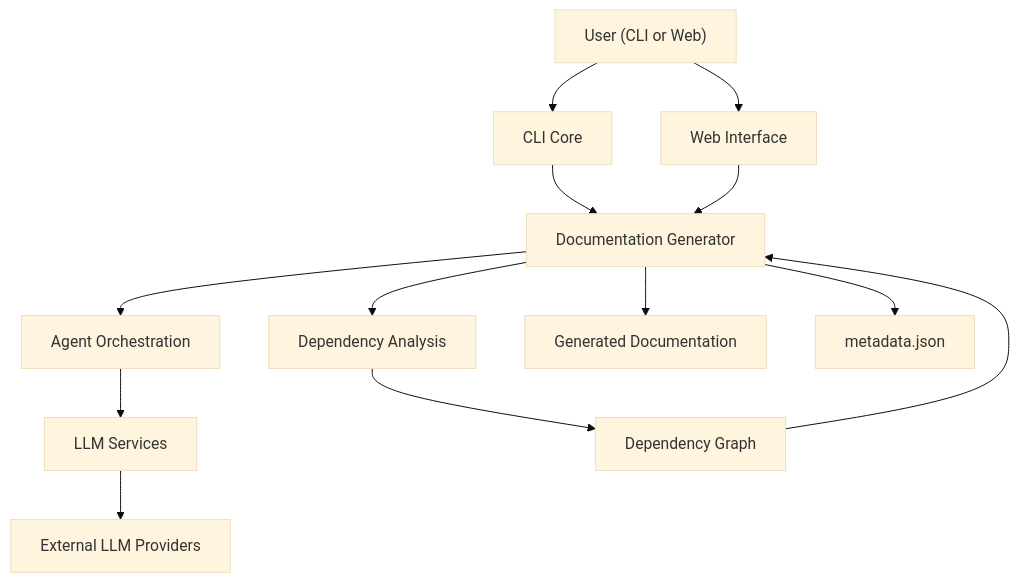
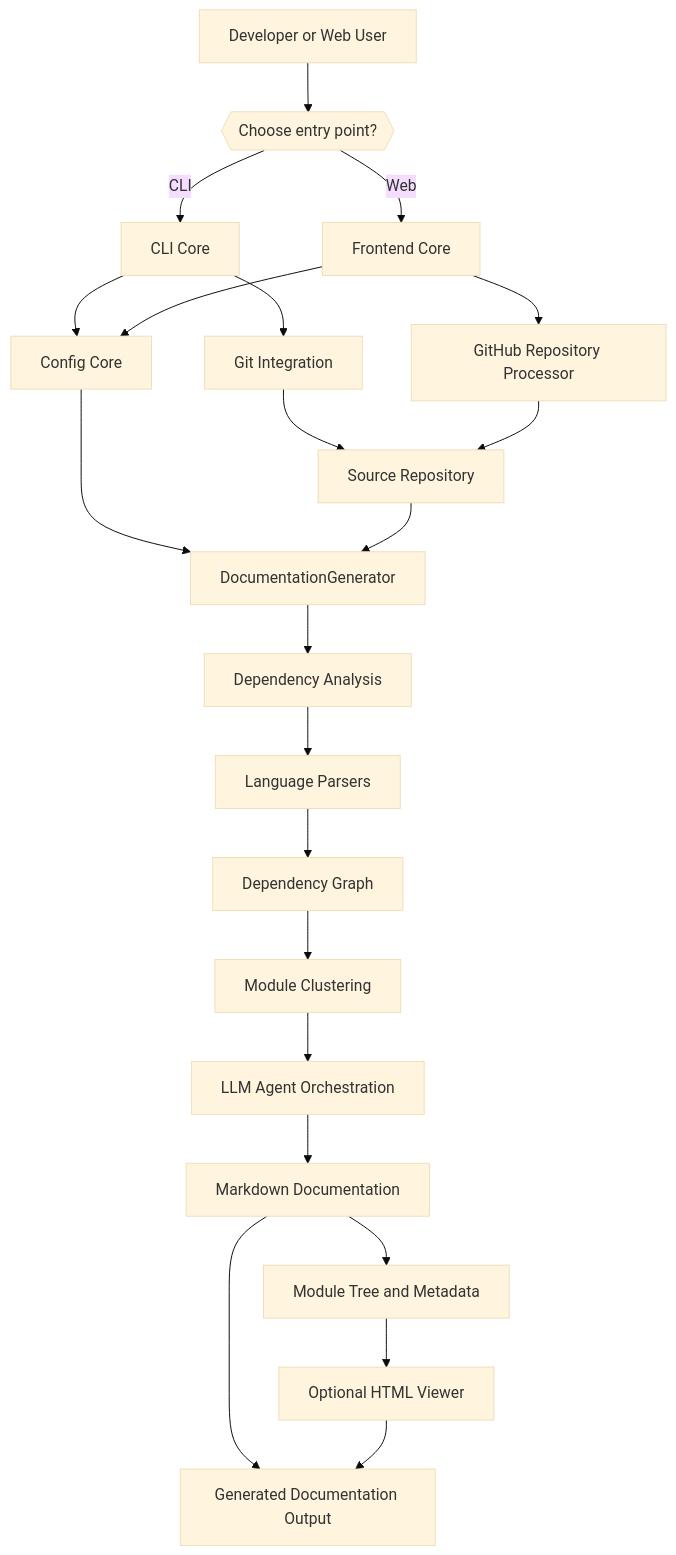
Before and after one commit to flamingo-stack/CodeWiki: the diagram in docs/getting-started/introduction.md, drawn with Mermaid (base theme). The commit also changed other lines of this file and 6 other files, not shown here.

````diff
--- a/docs/getting-started/introduction.md
+++ b/docs/getting-started/introduction.md
@@ -15,21 +38,31 @@
 ```mermaid
 flowchart TD
-    User["User (CLI or Web)"] --> CLI["CLI Core"]
-    User --> FE["Web Interface"]
+    User["Developer or Web User"] --> Entry{{"Choose entry point?"}}
+    Entry -->|CLI| CLI["CLI Core"]
+    Entry -->|Web| Frontend["Frontend Core"]
 
-    CLI --> DG["Documentation Generator"]
-    FE --> DG
+    CLI --> RuntimeConfig["Config Core"]
+    Frontend --> RuntimeConfig
 
-    DG --> DA["Dependency Analysis"]
-    DG --> AO["Agent Orchestration"]
+    CLI --> GitOps["Git Integration"]
+    Frontend --> RepoProcessor["GitHub Repository Processor"]
 
-    AO --> LLM["LLM Services"]
+    GitOps --> Source["Source Repository"]
+    RepoProcessor --> Source
 
-    DA --> Graph["Dependency Graph"]
-    Graph --> DG
+    RuntimeConfig --> Generator["DocumentationGenerator"]
+    Source --> Generator
 
-    DG --> FileSystem["Generated Documentation"]
-    DG --> Metadata["metadata.json"]
+    Generator --> Analysis["Dependency Analysis"]
+    Analysis --> Parsers["Language Parsers"]
+    Parsers --> Graph["Dependency Graph"]
 
-    LLM --> External["External LLM Providers"]
+    Graph --> Clustering["Module Clustering"]
+    Clustering --> Agents["LLM Agent Orchestration"]
+    Agents --> Docs["Markdown Documentation"]
+
+    Docs --> Metadata["Module Tree and Metadata"]
+    Metadata --> HTML["Optional HTML Viewer"]
+    Docs --> Output["Generated Documentation Output"]
+    HTML --> Output
 ```
````
